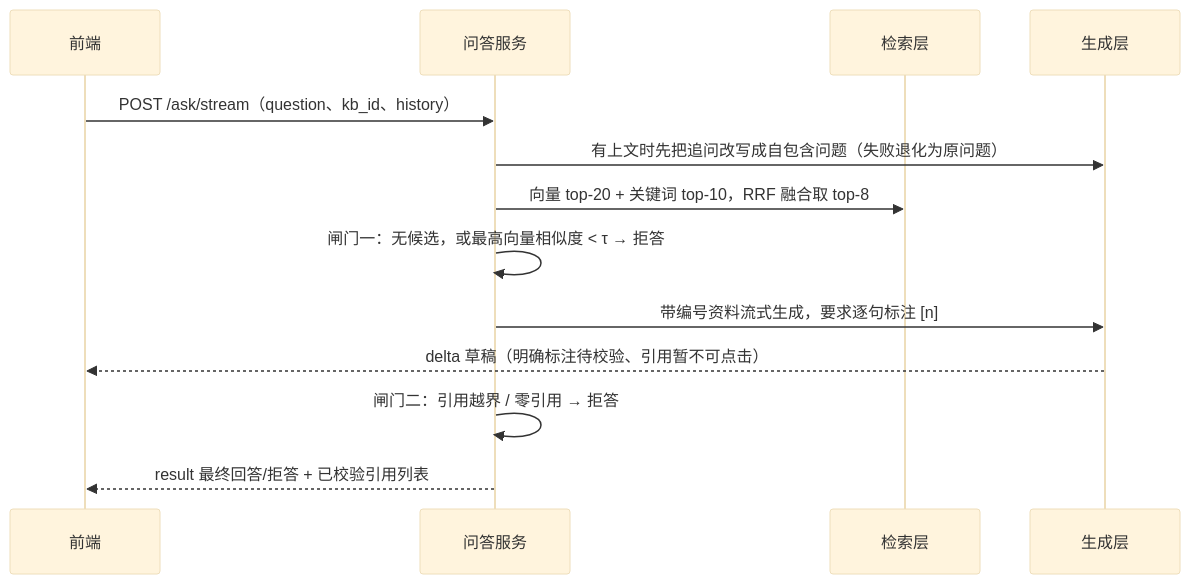
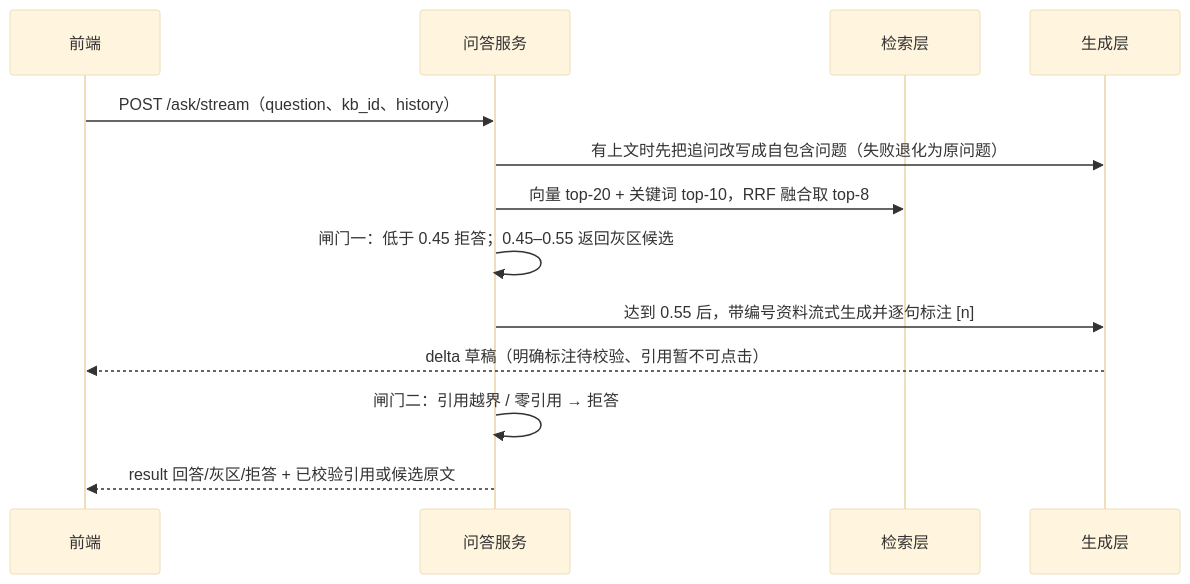
One commit to One-29/personal-knowledge-base changed the first of 2 diagrams in docs/design/00-overview.md. Above: the diagram before and after it, drawn with Mermaid (base theme). The commit also changed other lines of this file and 47 other files, not shown here.

````diff
--- a/docs/design/00-overview.md
+++ b/docs/design/00-overview.md
@@ -57,15 +57,15 @@
 ```mermaid
 sequenceDiagram
     participant U as 前端
     participant A as 问答服务
     participant R as 检索层
     participant G as 生成层
     U->>A: POST /ask/stream（question、kb_id、history）
     A->>G: 有上文时先把追问改写成自包含问题（失败退化为原问题）
     A->>R: 向量 top-20 + 关键词 top-10，RRF 融合取 top-8
-    A->>A: 闸门一：无候选，或最高向量相似度 < τ → 拒答
-    A->>G: 带编号资料流式生成，要求逐句标注 [n]
+    A->>A: 闸门一：低于 0.45 拒答；0.45–0.55 返回灰区候选
+    A->>G: 达到 0.55 后，带编号资料流式生成并逐句标注 [n]
     G-->>U: delta 草稿（明确标注待校验、引用暂不可点击）
     A->>A: 闸门二：引用越界 / 零引用 → 拒答
-    A-->>U: result 最终回答/拒答 + 已校验引用列表
+    A-->>U: result 回答/灰区/拒答 + 已校验引用或候选原文
 ```
````
